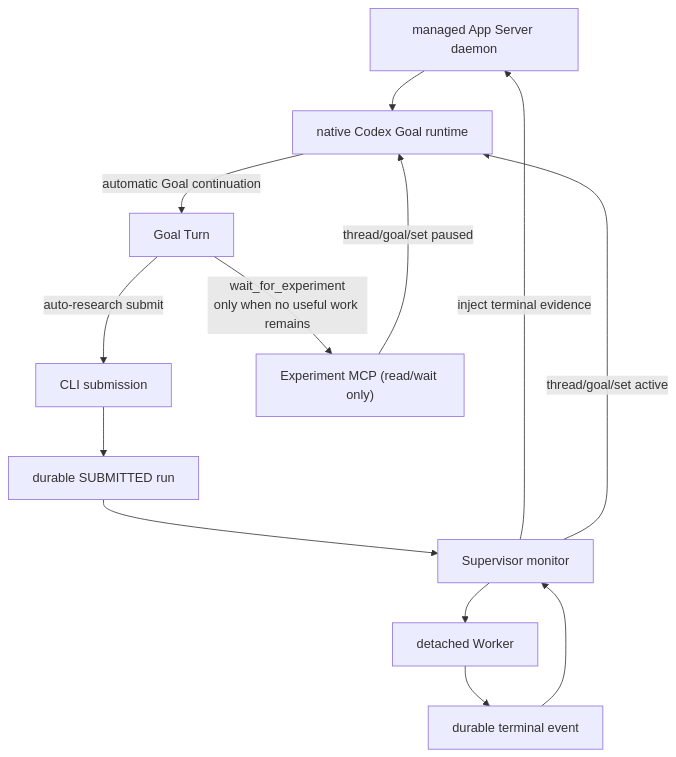
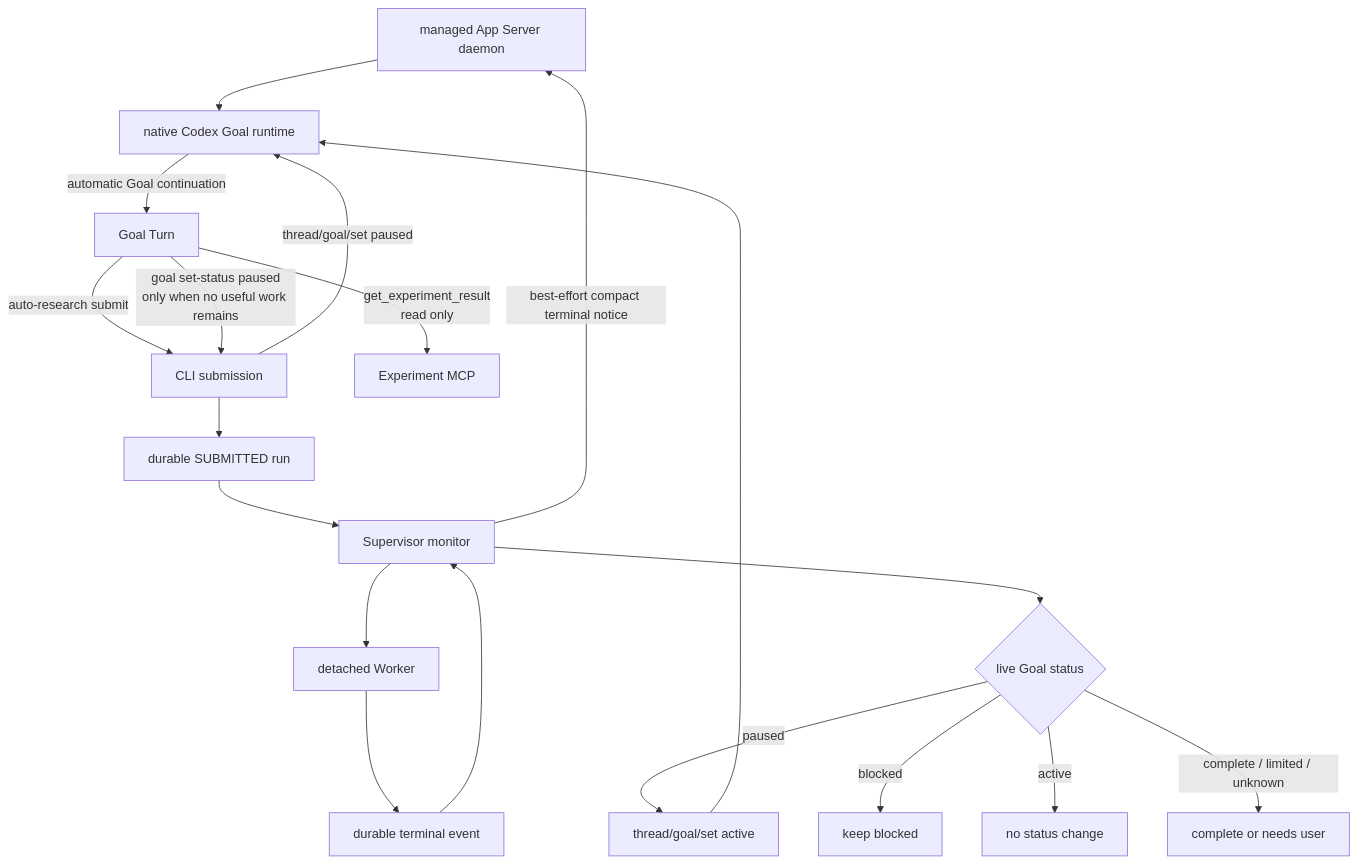
One commit to dollarser/codex-auto-research changed the diagram in README.md. Above: the diagram before and after it, drawn with Mermaid. The commit also changed other lines of this file and 32 other files, not shown here.

````diff
--- a/README.md
+++ b/README.md
@@ -10,15 +10,21 @@
 ```mermaid
 flowchart TD
     D["managed App Server daemon"] --> G["native Codex Goal runtime"]
     G -->|"automatic Goal continuation"| T["Goal Turn"]
     T -->|"auto-research submit"| C["CLI submission"]
     C --> R["durable SUBMITTED run"]
     R --> S["Supervisor monitor"]
     S --> W["detached Worker"]
-    T -->|"wait_for_experiment<br/>only when no useful work remains"| M["Experiment MCP (read/wait only)"]
-    M -->|"thread/goal/set paused"| G
+    T -->|"get_experiment_result<br/>read only"| M["Experiment MCP"]
+    T -->|"goal set-status paused<br/>only when no useful work remains"| C
+    C -->|"thread/goal/set paused"| G
     W --> E["durable terminal event"]
     E --> S["Supervisor monitor"]
-    S -->|"inject terminal evidence"| D
-    S -->|"thread/goal/set active"| G
+    S -->|"best-effort compact terminal notice"| D
+    S --> Q{"live Goal status"}
+    Q -->|"paused"| A["thread/goal/set active"]
+    A --> G
+    Q -->|"blocked"| B["keep blocked"]
+    Q -->|"active"| N["no status change"]
+    Q -->|"complete / limited / unknown"| H["complete or needs user"]
 ```
````
